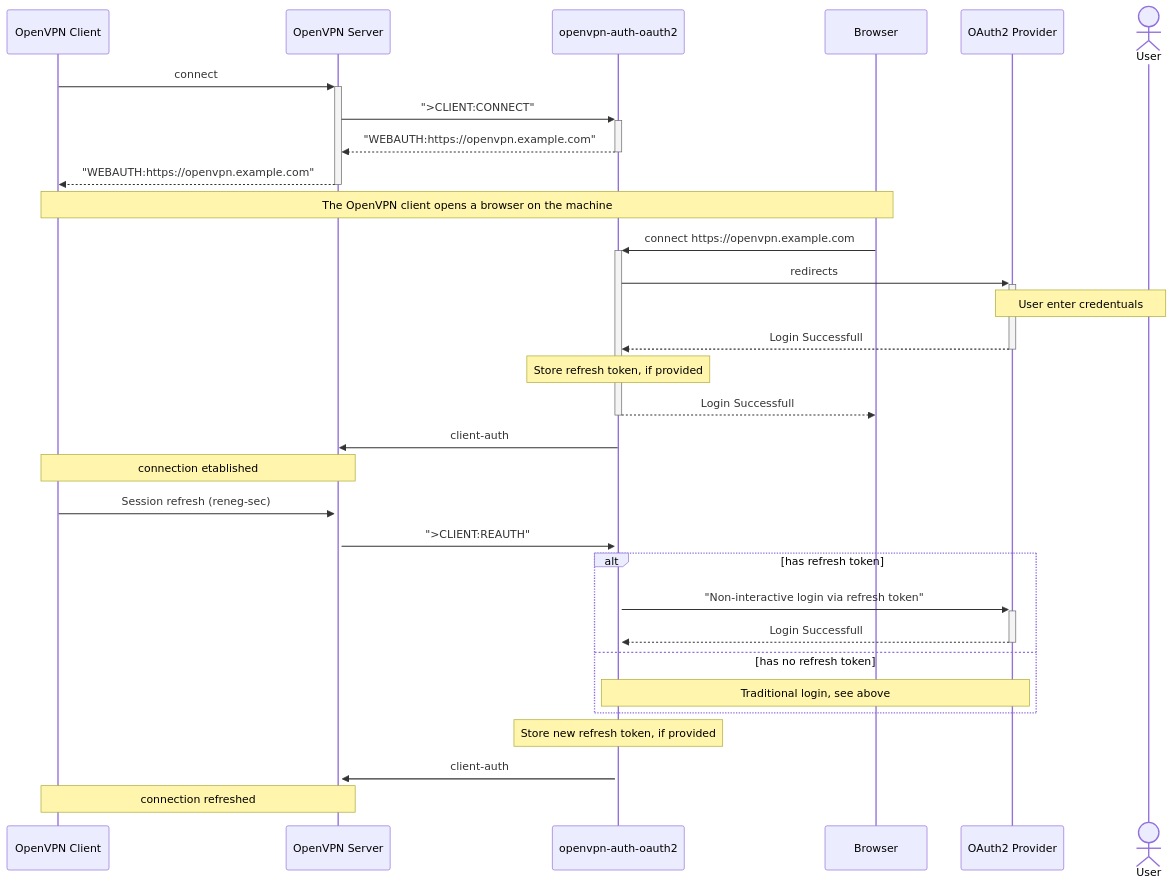
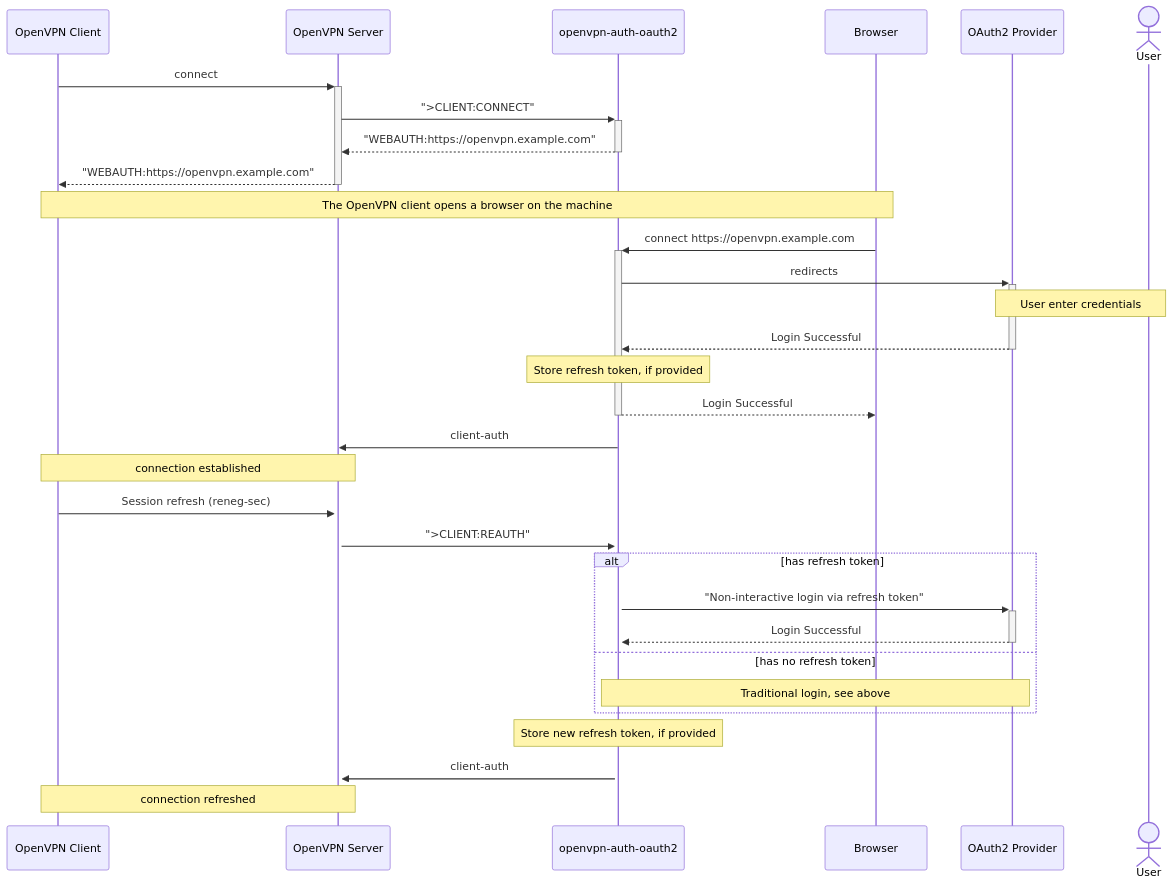
Before and after one commit to jkroepke/openvpn-auth-oauth2: the diagram in docs/Home.md, drawn with Mermaid. The commit also changed 4 other files, not shown here.

````diff
--- a/docs/Home.md
+++ b/docs/Home.md
@@ -17,30 +17,30 @@
 ```mermaid
 sequenceDiagram
     OpenVPN Client->>+OpenVPN Server: connect
     OpenVPN Server->>+openvpn-auth-oauth2: ">CLIENT:CONNECT"
     openvpn-auth-oauth2-->>-OpenVPN Server: "WEBAUTH:https://openvpn.example.com"
     OpenVPN Server-->>-OpenVPN Client: "WEBAUTH:https://openvpn.example.com"
 
     Note over OpenVPN Client,Browser: The OpenVPN client opens a browser on the machine
     Browser->>+openvpn-auth-oauth2: connect https://openvpn.example.com
     openvpn-auth-oauth2->>+OAuth2 Provider: redirects
     actor User
-    Note over OAuth2 Provider,User: User enter credentuals
-    OAuth2 Provider-->>-openvpn-auth-oauth2: Login Successfull
+    Note over OAuth2 Provider,User: User enter credentials
+    OAuth2 Provider-->>-openvpn-auth-oauth2: Login Successful
     Note over openvpn-auth-oauth2: Store refresh token, if provided
-    openvpn-auth-oauth2-->>-Browser: Login Successfull
+    openvpn-auth-oauth2-->>-Browser: Login Successful
     openvpn-auth-oauth2->>OpenVPN Server: client-auth
 
-    Note over OpenVPN Client,OpenVPN Server: connection etablished
+    Note over OpenVPN Client,OpenVPN Server: connection established
     OpenVPN Client->>+OpenVPN Server: Session refresh (reneg-sec)
     OpenVPN Server->>+openvpn-auth-oauth2: ">CLIENT:REAUTH"
     alt has refresh token
     openvpn-auth-oauth2->>+OAuth2 Provider: "Non-interactive login via refresh token"
-    OAuth2 Provider-->>-openvpn-auth-oauth2: Login Successfull
+    OAuth2 Provider-->>-openvpn-auth-oauth2: Login Successful
     else has no refresh token
     Note over openvpn-auth-oauth2,OAuth2 Provider: Traditional login, see above
     end
     Note over openvpn-auth-oauth2: Store new refresh token, if provided
     openvpn-auth-oauth2->>OpenVPN Server: client-auth
     Note over OpenVPN Client,OpenVPN Server: connection refreshed
 ```
````
